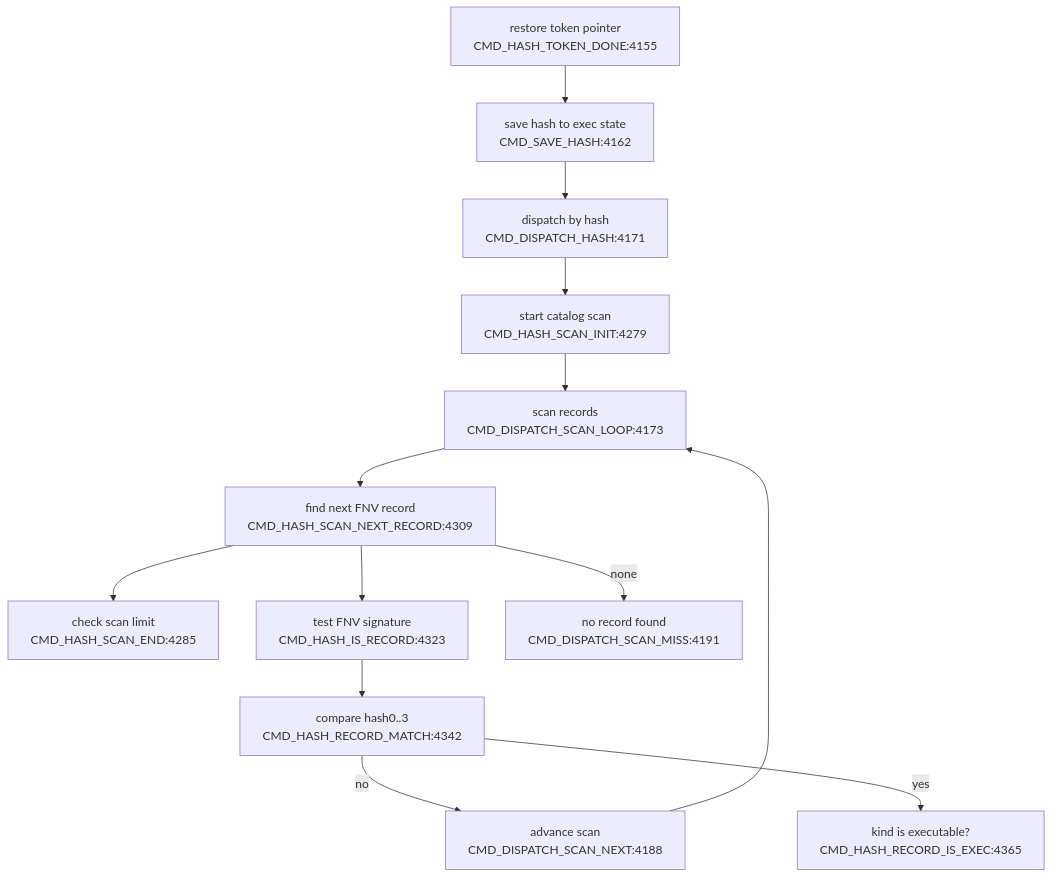
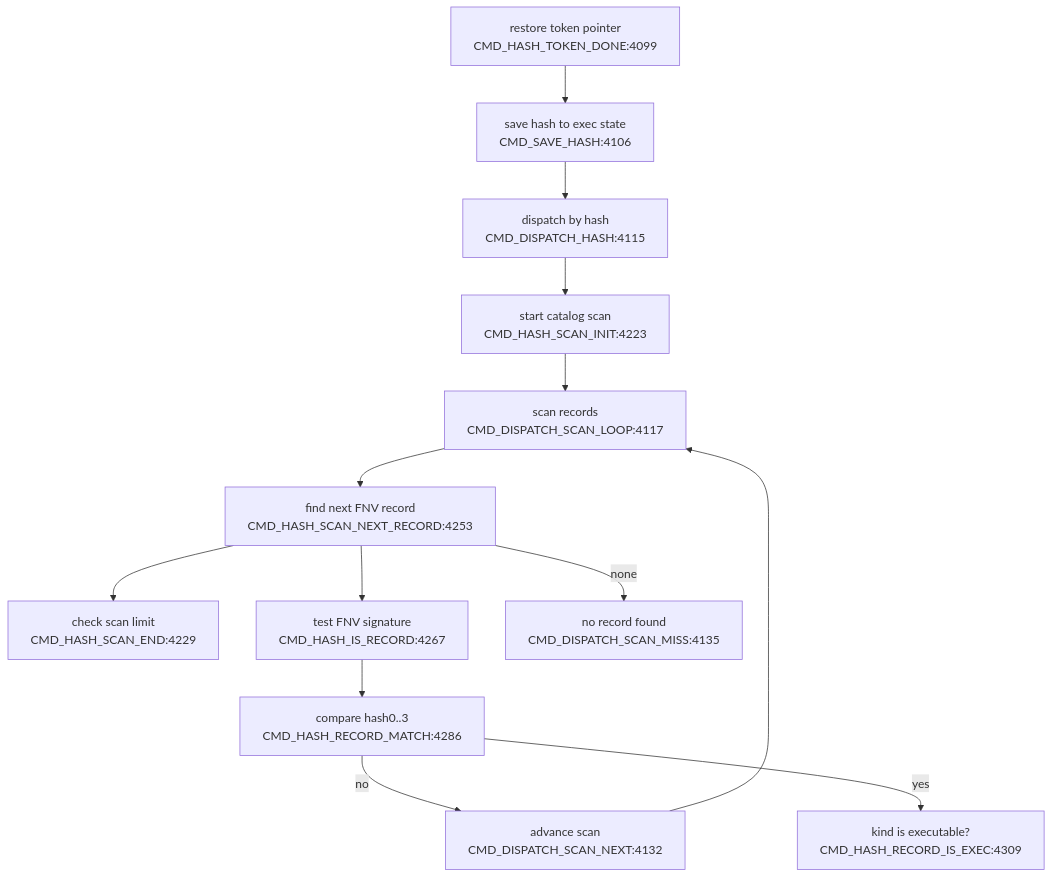
One commit to 95westus/R-YORS changed the third of 4 diagrams in DOC/GENERATED/CMD_FLOW_MAP.md. Above: the diagram before and after it, drawn with Mermaid. The commit also changed other lines of this file and 94 other files, not shown here.

````diff
--- a/DOC/GENERATED/CMD_FLOW_MAP.md
+++ b/DOC/GENERATED/CMD_FLOW_MAP.md
@@ -40,15 +40,15 @@
 ```mermaid
 flowchart TD
-    DONE["restore token pointer<br/>CMD_HASH_TOKEN_DONE:4155"] --> SAVEHASH["save hash to exec state<br/>CMD_SAVE_HASH:4162"]
-    SAVEHASH --> DISPATCH["dispatch by hash<br/>CMD_DISPATCH_HASH:4171"]
-    DISPATCH --> SCANINIT["start catalog scan<br/>CMD_HASH_SCAN_INIT:4279"]
-    SCANINIT --> SCANLOOP["scan records<br/>CMD_DISPATCH_SCAN_LOOP:4173"]
-    SCANLOOP --> NEXTREC["find next FNV record<br/>CMD_HASH_SCAN_NEXT_RECORD:4309"]
-    NEXTREC --> ENDCHK["check scan limit<br/>CMD_HASH_SCAN_END:4285"]
-    NEXTREC --> ISREC["test FNV signature<br/>CMD_HASH_IS_RECORD:4323"]
-    NEXTREC -->|none| MISS["no record found<br/>CMD_DISPATCH_SCAN_MISS:4191"]
-    ISREC --> MATCH["compare hash0..3<br/>CMD_HASH_RECORD_MATCH:4342"]
-    MATCH -->|no| ADV["advance scan<br/>CMD_DISPATCH_SCAN_NEXT:4188"]
+    DONE["restore token pointer<br/>CMD_HASH_TOKEN_DONE:4099"] --> SAVEHASH["save hash to exec state<br/>CMD_SAVE_HASH:4106"]
+    SAVEHASH --> DISPATCH["dispatch by hash<br/>CMD_DISPATCH_HASH:4115"]
+    DISPATCH --> SCANINIT["start catalog scan<br/>CMD_HASH_SCAN_INIT:4223"]
+    SCANINIT --> SCANLOOP["scan records<br/>CMD_DISPATCH_SCAN_LOOP:4117"]
+    SCANLOOP --> NEXTREC["find next FNV record<br/>CMD_HASH_SCAN_NEXT_RECORD:4253"]
+    NEXTREC --> ENDCHK["check scan limit<br/>CMD_HASH_SCAN_END:4229"]
+    NEXTREC --> ISREC["test FNV signature<br/>CMD_HASH_IS_RECORD:4267"]
+    NEXTREC -->|none| MISS["no record found<br/>CMD_DISPATCH_SCAN_MISS:4135"]
+    ISREC --> MATCH["compare hash0..3<br/>CMD_HASH_RECORD_MATCH:4286"]
+    MATCH -->|no| ADV["advance scan<br/>CMD_DISPATCH_SCAN_NEXT:4132"]
     ADV --> SCANLOOP
-    MATCH -->|yes| EXECOK["kind is executable?<br/>CMD_HASH_RECORD_IS_EXEC:4365"]
+    MATCH -->|yes| EXECOK["kind is executable?<br/>CMD_HASH_RECORD_IS_EXEC:4309"]
 ```
````
